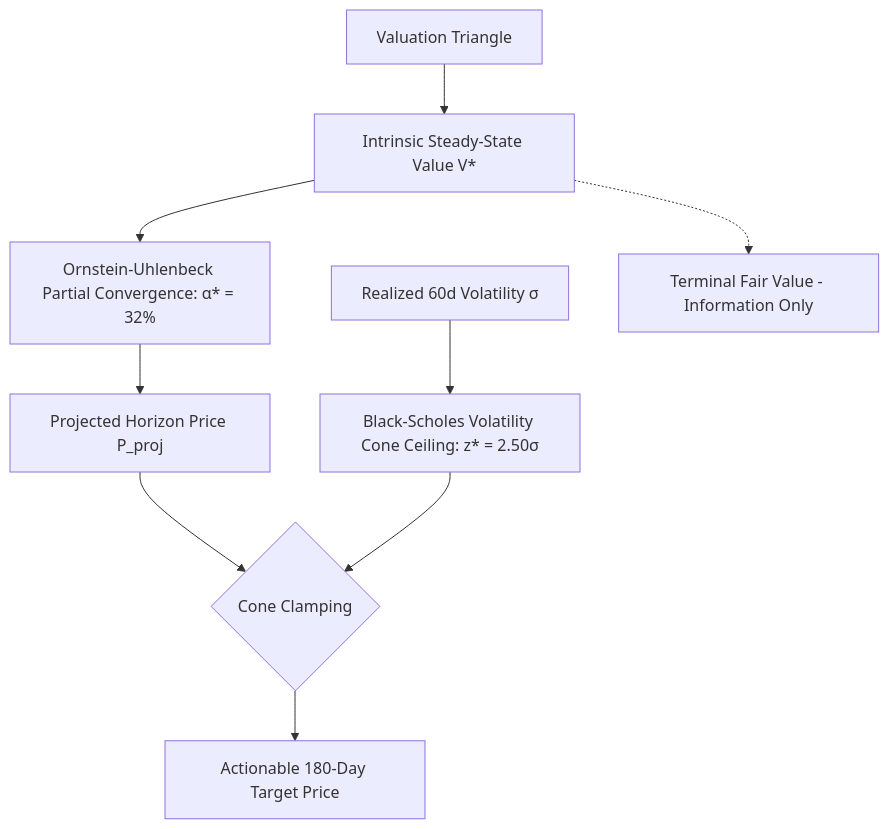
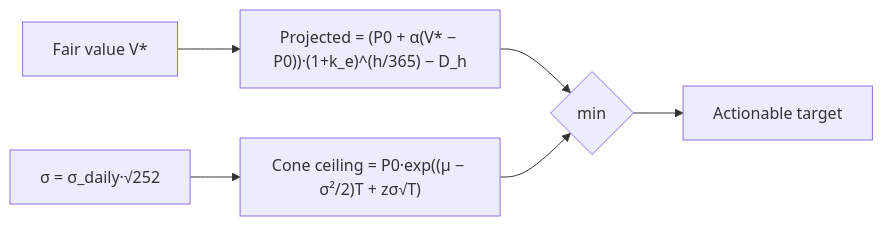
Before and after one commit to erenkbgc/bist-screener-v9: the second of 3 diagrams in README.md, drawn with Mermaid. The commit also changed other lines of this file and 2 other files, not shown here.

````diff
--- a/README.md
+++ b/README.md
@@ -165,11 +210,8 @@
 ```mermaid
-flowchart TD
-    A[Valuation Triangle] --> B[Intrinsic Steady-State Value V*]
-    B --> C[Ornstein-Uhlenbeck Partial Convergence: α* = 32%]
-    C --> D[Projected Horizon Price P_proj]
-    E[Realized 60d Volatility σ] --> F[Black-Scholes Volatility Cone Ceiling: z* = 2.50σ]
-    D --> G{Cone Clamping}
-    F --> G
-    G --> H[Actionable 180-Day Target Price]
-    B -.-> I[Terminal Fair Value - Information Only]
+flowchart LR
+    V[Fair value V*] --> P["Projected = (P0 + α(V* − P0))·(1+k_e)^(h/365) − D_h"]
+    S[σ = σ_daily·√252] --> C["Cone ceiling = P0·exp((μ − σ²/2)T + zσ√T)"]
+    P --> T{min}
+    C --> T
+    T --> A[Actionable target]
 ```
````
